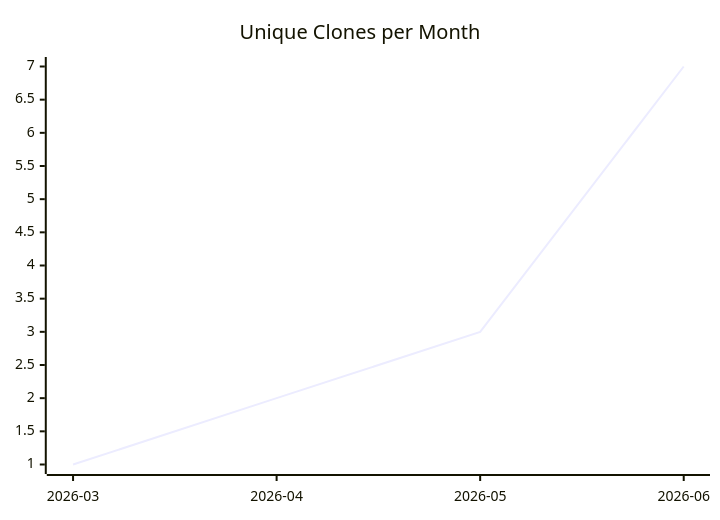
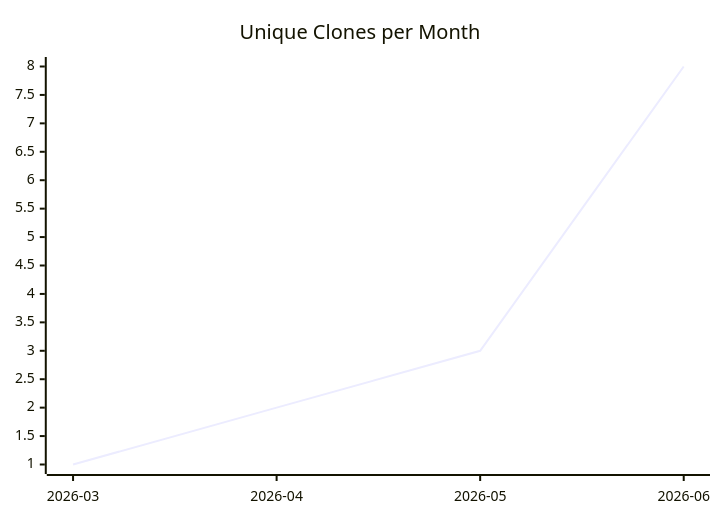
Before and after one commit to justdavis-family/github-analytics-data: the third of 3 diagrams in karlmdavis/datanucleus-test-jdo-1-to-n/README.md, drawn with Mermaid. The commit also changed other lines of this file and 198 other files, not shown here.

````diff
--- a/karlmdavis/datanucleus-test-jdo-1-to-n/README.md
+++ b/karlmdavis/datanucleus-test-jdo-1-to-n/README.md
@@ -19,6 +19,6 @@
 ```mermaid
 xychart-beta
   title "Unique Clones per Month"
   x-axis ["2026-03", "2026-04", "2026-05", "2026-06"]
-  line [1, 2, 3, 7]
+  line [1, 2, 3, 8]
 ```
````
